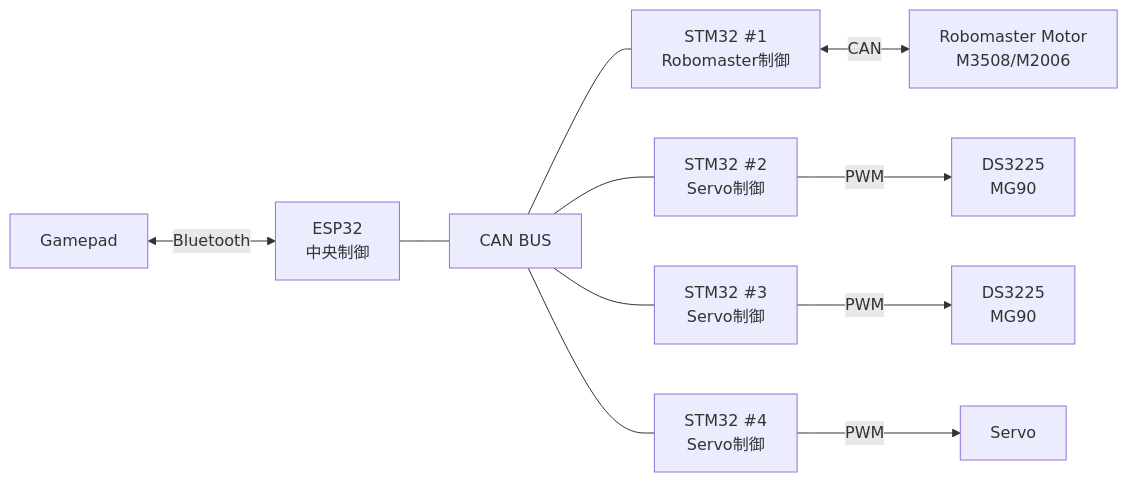
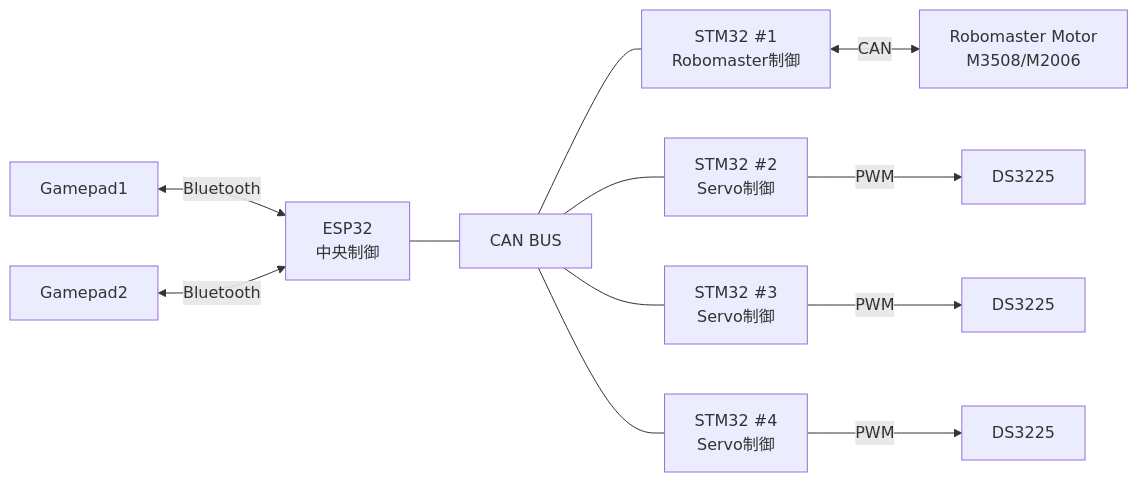
One commit to nyankowan/CatchRobo_2026 changed the diagram in README.md. Above: the diagram before and after it, drawn with Mermaid. The commit also changed other lines of this file and 691 other files, not shown here.

````diff
--- a/README.md
+++ b/README.md
@@ -32,16 +38,17 @@
 ```mermaid
 graph LR
-    Pad[Gamepad] <-->|Bluetooth| ESP32[ESP32<br>中央制御]
+    Pad1[Gamepad1] <-->|Bluetooth| ESP32[ESP32<br>中央制御]
+    Pad2[Gamepad2] <-->|Bluetooth| ESP32
 
     ESP32 --- CAN[CAN BUS]
 
     CAN --- STM1[STM32 #1<br>Robomaster制御]
     CAN --- STM2[STM32 #2<br>Servo制御]
     CAN --- STM3[STM32 #3<br>Servo制御]
     CAN --- STM4[STM32 #4<br>Servo制御]
 
     STM1 <-->|CAN| Motor[Robomaster Motor<br>M3508/M2006]
-    STM2 -->|PWM| Servo1[DS3225 <br>MG90]
-    STM3 -->|PWM| Servo2[DS3225 <br>MG90]
-    STM4 -->|PWM| Servo3[Servo]
+    STM2 -->|PWM| Servo1[DS3225]
+    STM3 -->|PWM| Servo2[DS3225]
+    STM4 -->|PWM| Servo3[DS3225]
 ```
````
